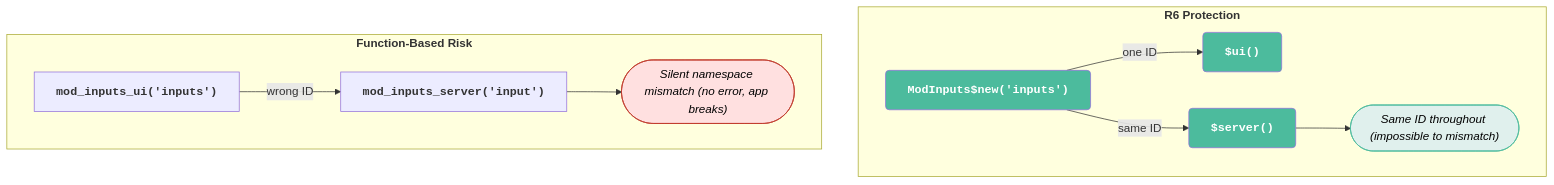
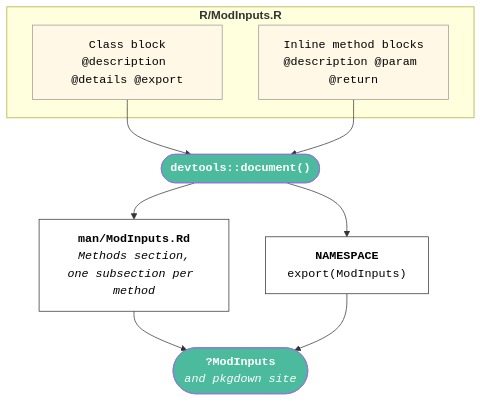
Before and after one commit to mjfrigaard/mjfrigaard.github.io: the tenth of 10 diagrams in posts/shiny-r6/index.qmd, drawn with Mermaid. The commit also changed other lines of this file and 32 other files, not shown here.

````diff
--- a/posts/shiny-r6/index.qmd
+++ b/posts/shiny-r6/index.qmd
@@ -860,40 +1204,31 @@
 ```{mermaid}
 %%| eval: true
+%%| echo: false
 %%| fig-align: 'center'
-%%| fig-caption: 'Namespace Mismatch Prevention'
-%%| echo: false
+%%| fig-caption: 'roxygen2 Workflow for R6 Classes'
 %%{init: {'theme': 'base', 'themeVariables': { 'fontFamily': 'monospace', "darkMode":true}}}}%%
 
 flowchart TD
-    subgraph R6Safe["<strong>R6 Protection</strong>"]
-        Instance["<strong>ModInputs$new('inputs')</strong>"]
-        Ui2["<strong>$ui()</strong>"]
-        Serve2["<strong>$server()</strong>"]
-        BugFree(["<em>Same ID throughout (impossible to mismatch)</em>"])
+    subgraph Source["<strong>R/ModInputs.R</strong>"]
+        ClassBlock["Class block<br/><code>@description @details @export</code>"]
+        MethodBlock["Inline method blocks<br/><code>@description @param @return</code>"]
     end
-    
-    subgraph FuncProblems["<strong>Function-Based Risk</strong>"]
-        UI1["<strong>mod_inputs_ui('inputs')</strong>"]
-        ServeWrong["<strong>mod_inputs_server('input')</strong>"]
-        BugSilent(["<em>Silent namespace mismatch (no error, app breaks)</em>"])
-    end
+    Document(["<strong>devtools::document()</strong>"])
+    Rd["<strong>man/ModInputs.Rd</strong><br/><em>Methods section,<br/>one subsection per method</em>"]
+    Namespace["<strong>NAMESPACE</strong><br/><code>export(ModInputs)</code>"]
+    Help(["<strong>?ModInputs</strong><br/><em>and pkgdown site</em>"])
 
+    ClassBlock --> Document
+    MethodBlock --> Document
+    Document --> Rd
+    Document --> Namespace
+    Rd --> Help
+    Namespace --> Help
 
-    UI1 -->|"wrong ID"| ServeWrong
-    ServeWrong --> BugSilent
-
-    Instance -->|"one ID"| Ui2
-    Instance -->|"same ID"| Serve2
-    Serve2 --> BugFree
-
-    style BugSilent fill:#FFE0E0,color:#000000,stroke:#c0392b
-    style BugFree fill:#E0F0ED,color:#000000,stroke:#4CBB9D
-    
-    style UI1 font-family:monospace
-    style ServeWrong font-family:monospace
-    
-    style Instance fill:#4CBB9D,color:#FFFFFF,rx:5,ry:5,font-family:monospace
-    style Ui2 fill:#4CBB9D,color:#FFFFFF,rx:5,ry:5,font-family:monospace
-    style Serve2 fill:#4CBB9D,color:#FFFFFF,rx:5,ry:5,font-family:monospace
-    
+    style ClassBlock fill:#FFF8E7,color:#000000,stroke:#999,font-family:monospace
+    style MethodBlock fill:#FFF8E7,color:#000000,stroke:#999,font-family:monospace
+    style Document fill:#4CBB9D,color:#FFFFFF,rx:5,ry:5,font-family:monospace
+    style Rd fill:#FFFFFF,color:#000000,stroke:#333,font-family:monospace
+    style Namespace fill:#FFFFFF,color:#000000,stroke:#333,font-family:monospace
+    style Help fill:#4CBB9D,color:#FFFFFF,rx:5,ry:5,font-family:monospace
 ```
````
